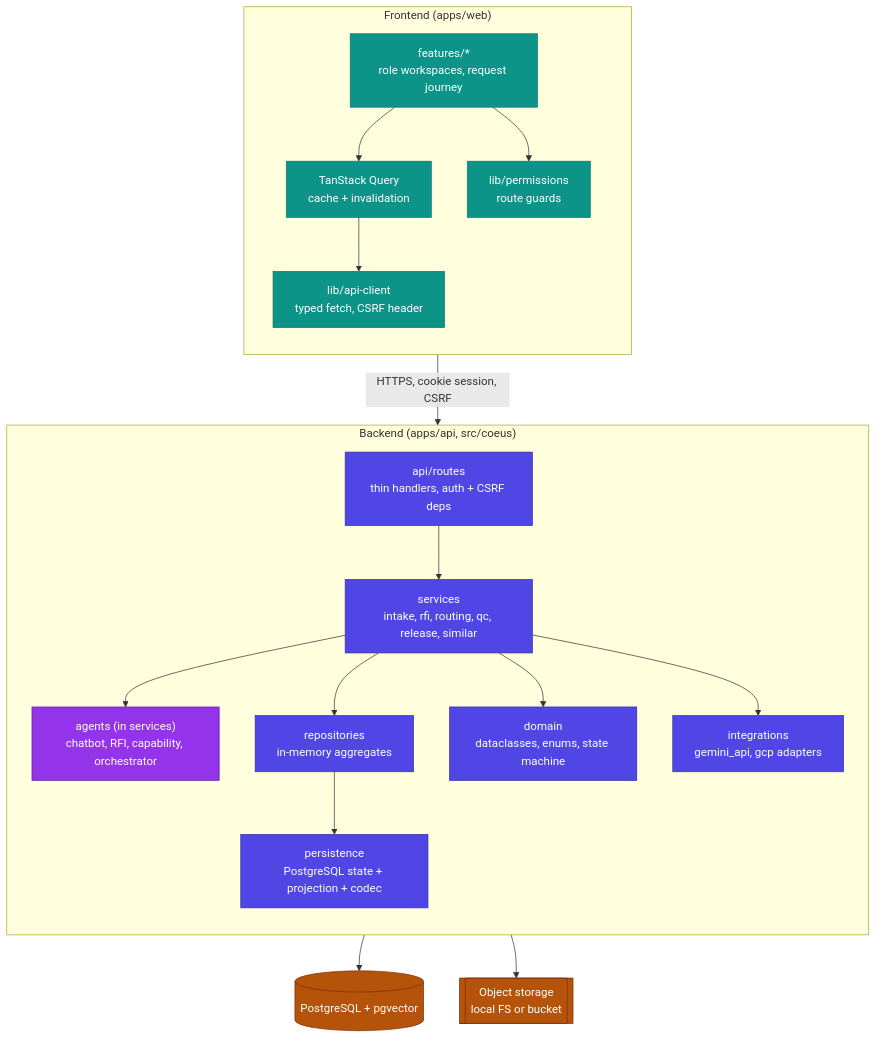
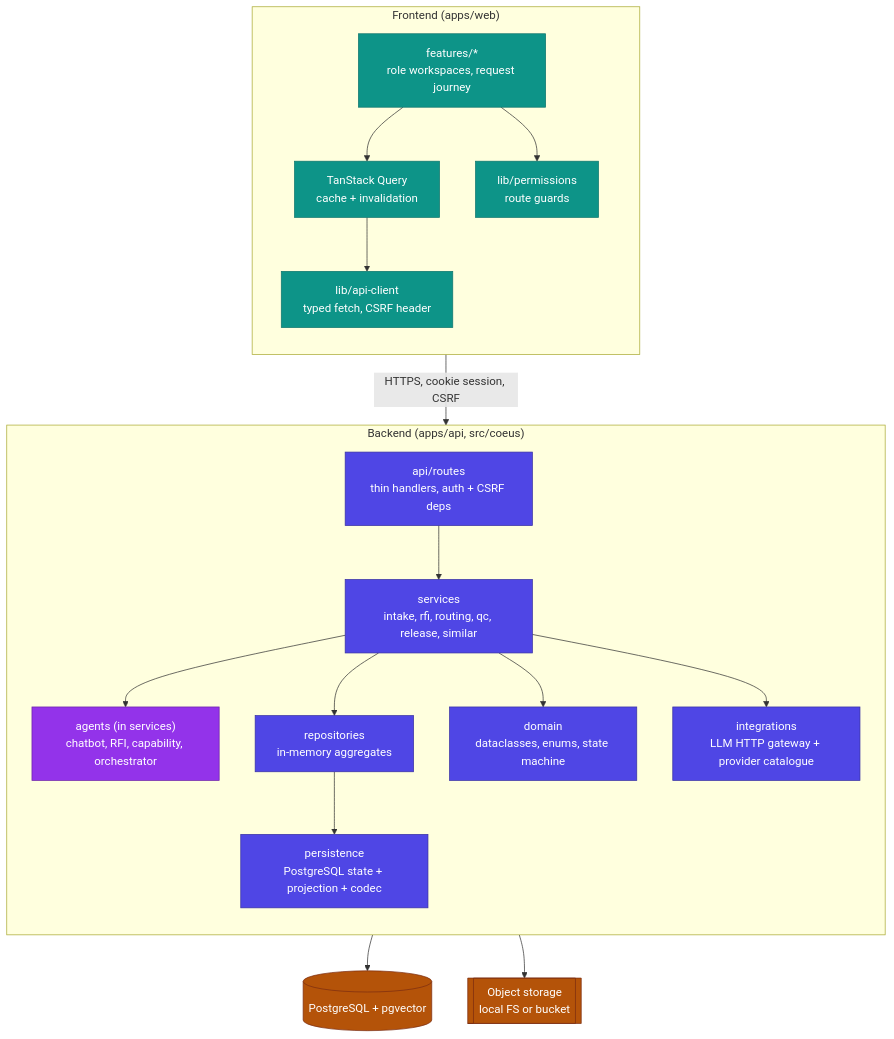
One commit to ShabalalaWATP/Coeus changed the second of 4 diagrams in docs/ARCHITECTURE.md. Above: the diagram before and after it, drawn with Mermaid. The commit also changed other lines of this file and 279 other files, not shown here.

````diff
--- a/docs/ARCHITECTURE.md
+++ b/docs/ARCHITECTURE.md
@@ -91,45 +98,45 @@
 ```mermaid
 flowchart TB
     subgraph web["Frontend  (apps/web)"]
         direction TB
         PAGES["features/*<br/>role workspaces, request journey"]
         APICLIENT["lib/api-client<br/>typed fetch, CSRF header"]
         QUERY["TanStack Query<br/>cache + invalidation"]
         PERMS["lib/permissions<br/>route guards"]
         PAGES --> QUERY --> APICLIENT
         PAGES --> PERMS
     end
 
     subgraph api["Backend  (apps/api, src/coeus)"]
         direction TB
         ROUTES["api/routes<br/>thin handlers, auth + CSRF deps"]
         SERVICES["services<br/>intake, rfi, routing, qc, release, similar"]
         AGENTS["agents (in services)<br/>chatbot, RFI, capability, orchestrator"]
         REPOS["repositories<br/>in-memory aggregates"]
         DOMAIN["domain<br/>dataclasses, enums, state machine"]
         PERSIST["persistence<br/>PostgreSQL state + projection + codec"]
-        INTEG["integrations<br/>gemini_api, gcp adapters"]
+        INTEG["integrations<br/>LLM HTTP gateway + provider catalogue"]
         ROUTES --> SERVICES
         SERVICES --> AGENTS
         SERVICES --> REPOS
         SERVICES --> DOMAIN
         SERVICES --> INTEG
         REPOS --> PERSIST
     end
 
     DB[("PostgreSQL + pgvector")]
     OBJ[["Object storage<br/>local FS or bucket"]]
 
     APICLIENT -->|"HTTPS, cookie session, CSRF"| ROUTES
     PERSIST --> DB
     SERVICES --> OBJ
 
     classDef fe fill:#0d9488,stroke:#0f766e,color:#fff,stroke-width:1px
     classDef be fill:#4f46e5,stroke:#3730a3,color:#fff,stroke-width:1px
     classDef ai fill:#9333ea,stroke:#6b21a8,color:#fff,stroke-width:1px
     classDef data fill:#b45309,stroke:#7c2d12,color:#fff,stroke-width:1px
     class PAGES,APICLIENT,QUERY,PERMS fe
     class ROUTES,SERVICES,REPOS,DOMAIN,PERSIST,INTEG be
     class AGENTS ai
     class DB,OBJ data
 ```
````
